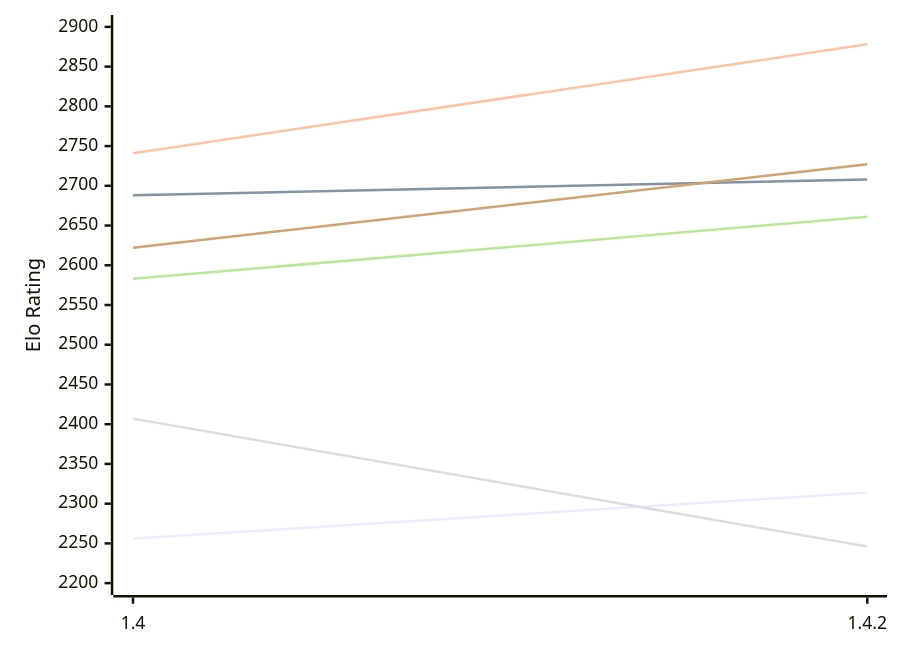
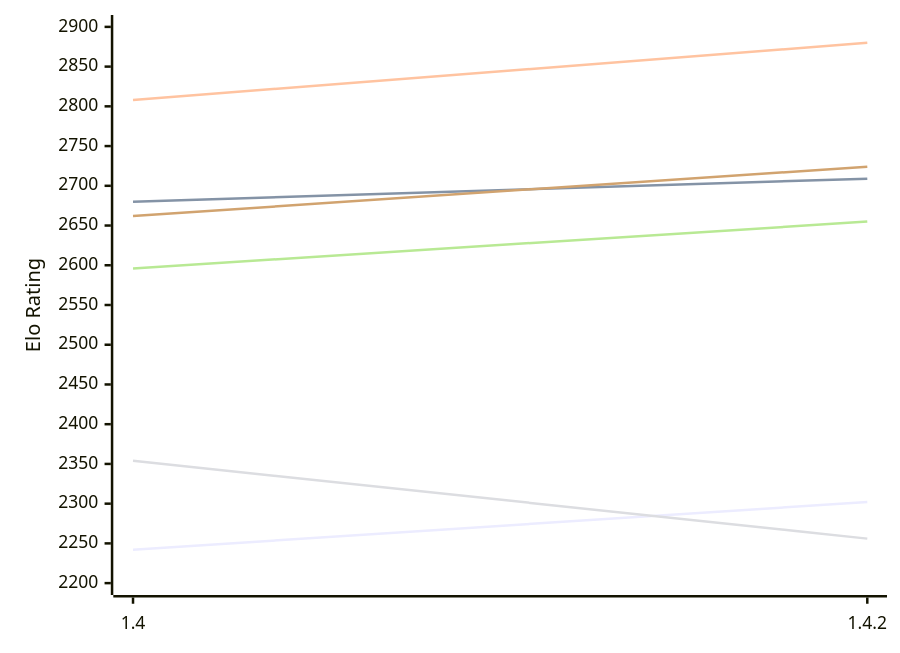
The first of 2 diagrams in engines/Spike.md (computer-chess-index/cci), drawn with Mermaid before and after one commit. The commit also changed other lines of this file, not shown here.

Commit message:
Update CCI Ratings (ELO VLTC) - 2026-11-15

````diff
--- a/engines/Spike.md
+++ b/engines/Spike.md
@@ -50,12 +50,12 @@
 ```mermaid
 %%{init: {"theme":"base","themeVariables":{"seriesColors:['#a3a3a3','#222221','#faa371']}}}%%
 xychart-beta
   x-axis ["1.4", "1.4.2"]
   y-axis "Elo Rating" 2200 --> 2900
-  line "E1: STC (8.0+0.08s)" [2256, 2314]
-  line "E1: LTC (60.0+0.60s)" [2688, 2708]
-  line "E1: VLTC (2m24s+1.12s)" [2741, 2878]
-  line "P1: STC (8.0+0.08s)" [2407, 2246]
-  line "P1: LTC (60.0+0.60s)" [2583, 2661]
-  line "P1: VLTC (2m24s+1.12s)" [2622, 2727]
+  line "E1: STC (8.0+0.08s)" [2242, 2302]
+  line "E1: LTC (60.0+0.60s)" [2680, 2709]
+  line "E1: VLTC (2m24s+1.12s)" [2808, 2880]
+  line "P1: STC (8.0+0.08s)" [2354, 2256]
+  line "P1: LTC (60.0+0.60s)" [2596, 2655]
+  line "P1: VLTC (2m24s+1.12s)" [2662, 2724]
 ```
````
